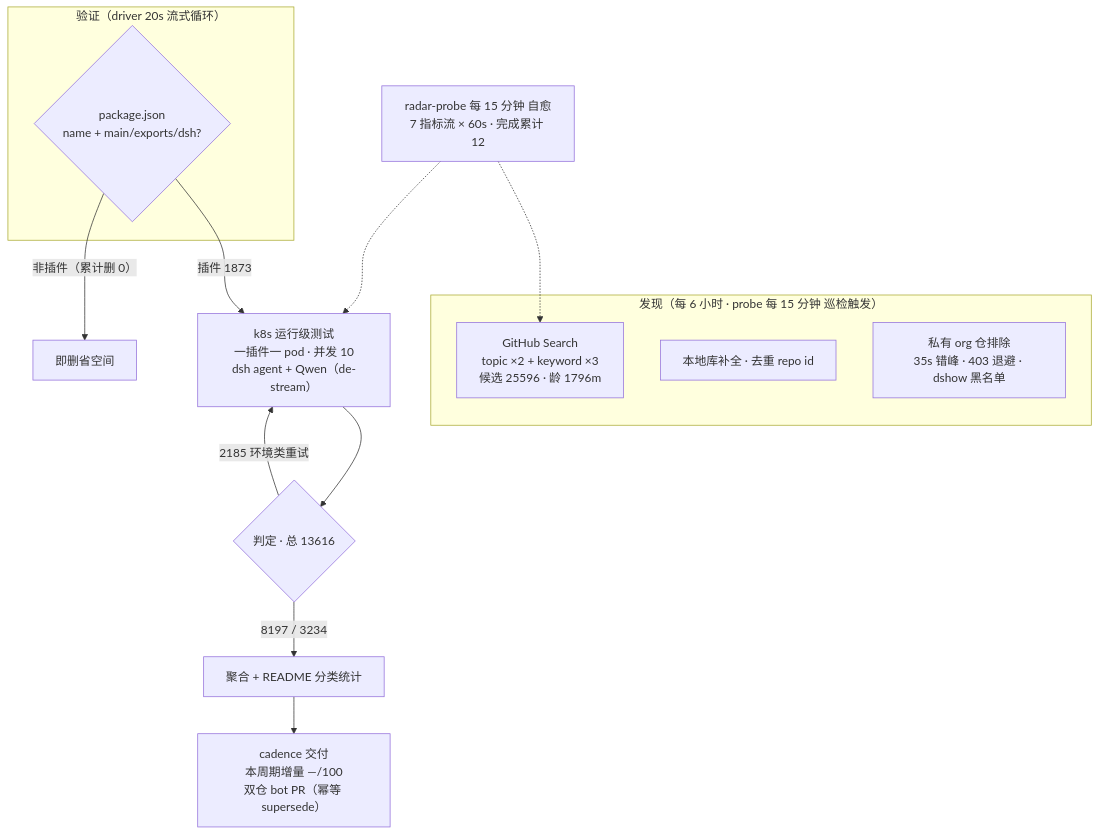
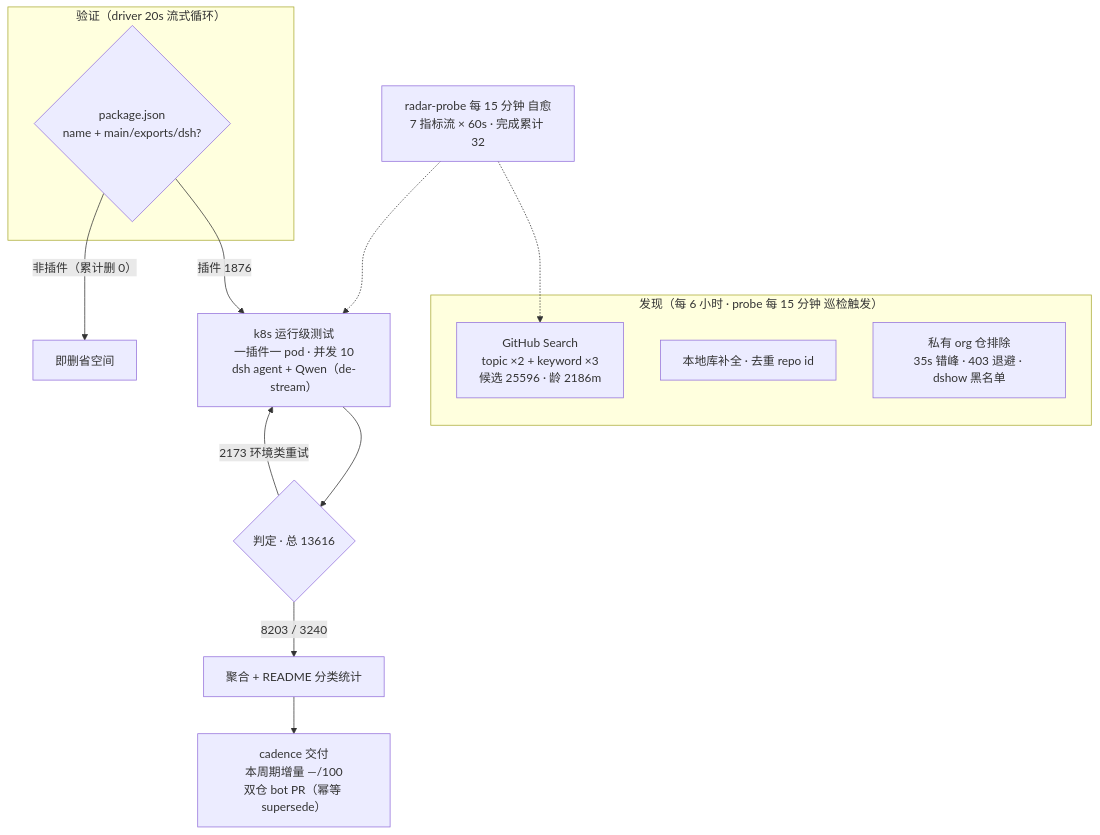
Before and after one commit to Zhidao-Lab-OSS/awesome-dsh-plugins: the diagram in README.md, drawn with Mermaid. The commit also changed other lines of this file and 1 other file, not shown here.

````diff
--- a/README.md
+++ b/README.md
@@ -54,20 +54,20 @@
 ```mermaid
 flowchart TB
     subgraph Discovery["发现（每 6 小时 · probe 每 15 分钟 巡检触发）"]
-        A1["GitHub Search<br/>topic ×2 + keyword ×3<br/>候选 25596 · 龄 1796m"]
+        A1["GitHub Search<br/>topic ×2 + keyword ×3<br/>候选 25596 · 龄 2186m"]
         A2["本地库补全 · 去重 repo id"]
         A3["私有 org 仓排除<br/>35s 错峰 · 403 退避 · dshow 黑名单"]
     end
     subgraph Validation["验证（driver 20s 流式循环）"]
         B1{"package.json<br/>name + main/exports/dsh?"}
     end
-    B1 -->|"插件 1873"| C1["k8s 运行级测试<br/>一插件一 pod · 并发 10<br/>dsh agent + Qwen（de-stream）"]
+    B1 -->|"插件 1876"| C1["k8s 运行级测试<br/>一插件一 pod · 并发 10<br/>dsh agent + Qwen（de-stream）"]
     B1 -->|"非插件（累计删 0）"| B3["即删省空间"]
     C1 --> D1{"判定 · 总 13616"}
-    D1 -->|"8197 / 3234"| E1["聚合 + README 分类统计"]
-    D1 -->|"2185 环境类重试"| C1
+    D1 -->|"8203 / 3240"| E1["聚合 + README 分类统计"]
+    D1 -->|"2173 环境类重试"| C1
     E1 --> E2["cadence 交付<br/>本周期增量 —/100<br/>双仓 bot PR（幂等 supersede）"]
-    M["radar-probe 每 15 分钟 自愈<br/>7 指标流 × 60s · 完成累计 12"]
+    M["radar-probe 每 15 分钟 自愈<br/>7 指标流 × 60s · 完成累计 32"]
     M -.-> A1
     M -.-> C1
 ```
````
